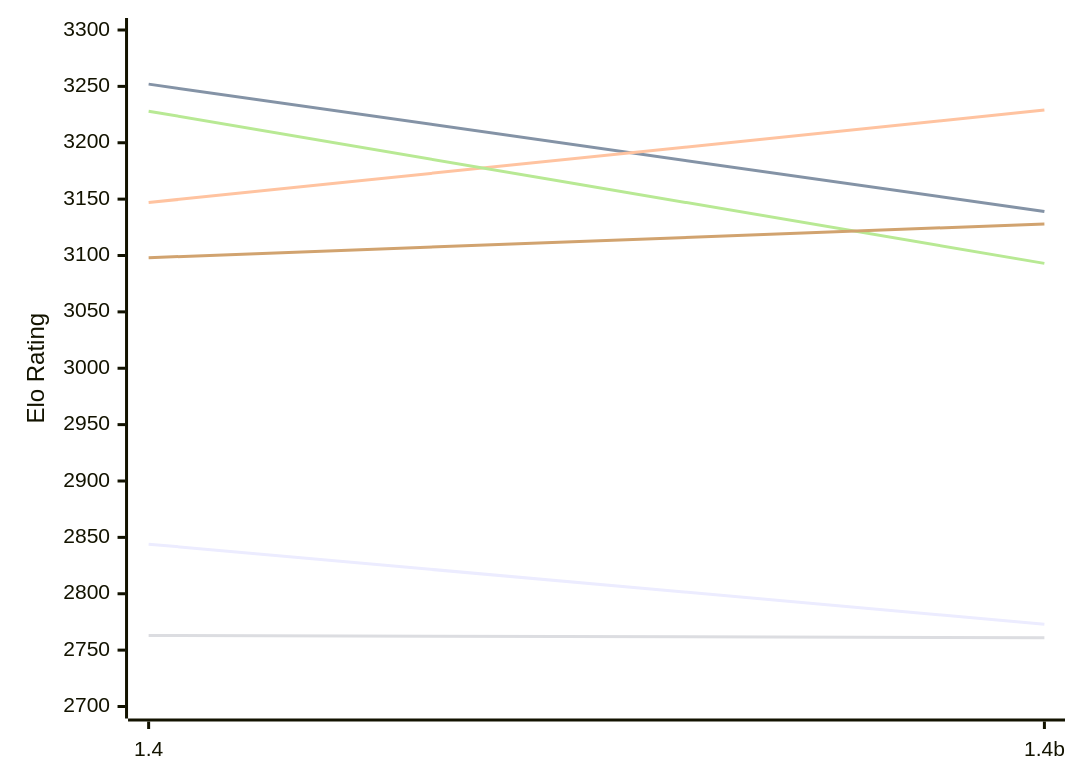
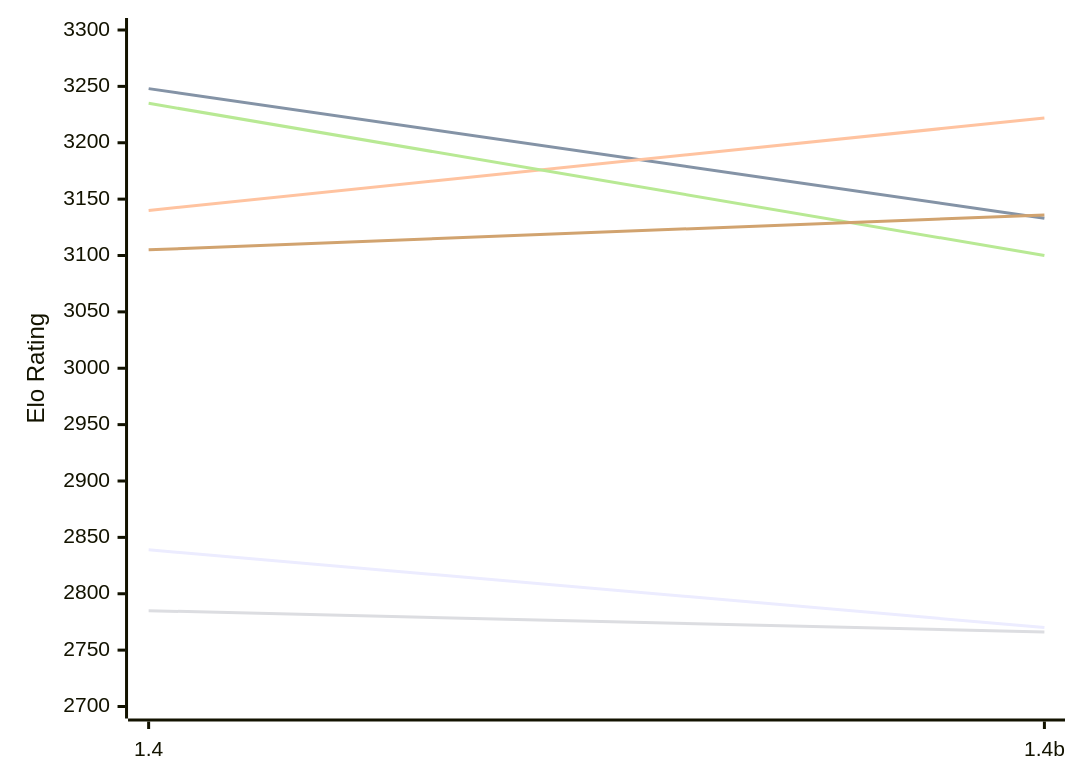
Before and after one commit to computer-chess-index/cci: the first of 2 diagrams in engines/Chessnix.md, drawn with Mermaid. The commit also changed other lines of this file, not shown here.

Commit message:
Update CCI Ratings (ELO VLTC) - 2026-11-18

````diff
--- a/engines/Chessnix.md
+++ b/engines/Chessnix.md
@@ -52,12 +52,12 @@
 ```mermaid
 %%{init: {"theme":"base","themeVariables":{"seriesColors:['#a3a3a3','#222221','#faa371']}}}%%
 xychart-beta
   x-axis ["1.4", "1.4b"]
   y-axis "Elo Rating" 2700 --> 3300
-  line "E1: STC (8.0+0.08s)" [2844, 2773]
-  line "E1: LTC (60.0+0.60s)" [3252, 3139]
-  line "E1: VLTC (2m24s+1.12s)" [3147, 3229]
-  line "P1: STC (8.0+0.08s)" [2763, 2761]
-  line "P1: LTC (60.0+0.60s)" [3228, 3093]
-  line "P1: VLTC (2m24s+1.12s)" [3098, 3128]
+  line "E1: STC (8.0+0.08s)" [2839, 2770]
+  line "E1: LTC (60.0+0.60s)" [3248, 3133]
+  line "E1: VLTC (2m24s+1.12s)" [3140, 3222]
+  line "P1: STC (8.0+0.08s)" [2785, 2766]
+  line "P1: LTC (60.0+0.60s)" [3235, 3100]
+  line "P1: VLTC (2m24s+1.12s)" [3105, 3136]
 ```
````
